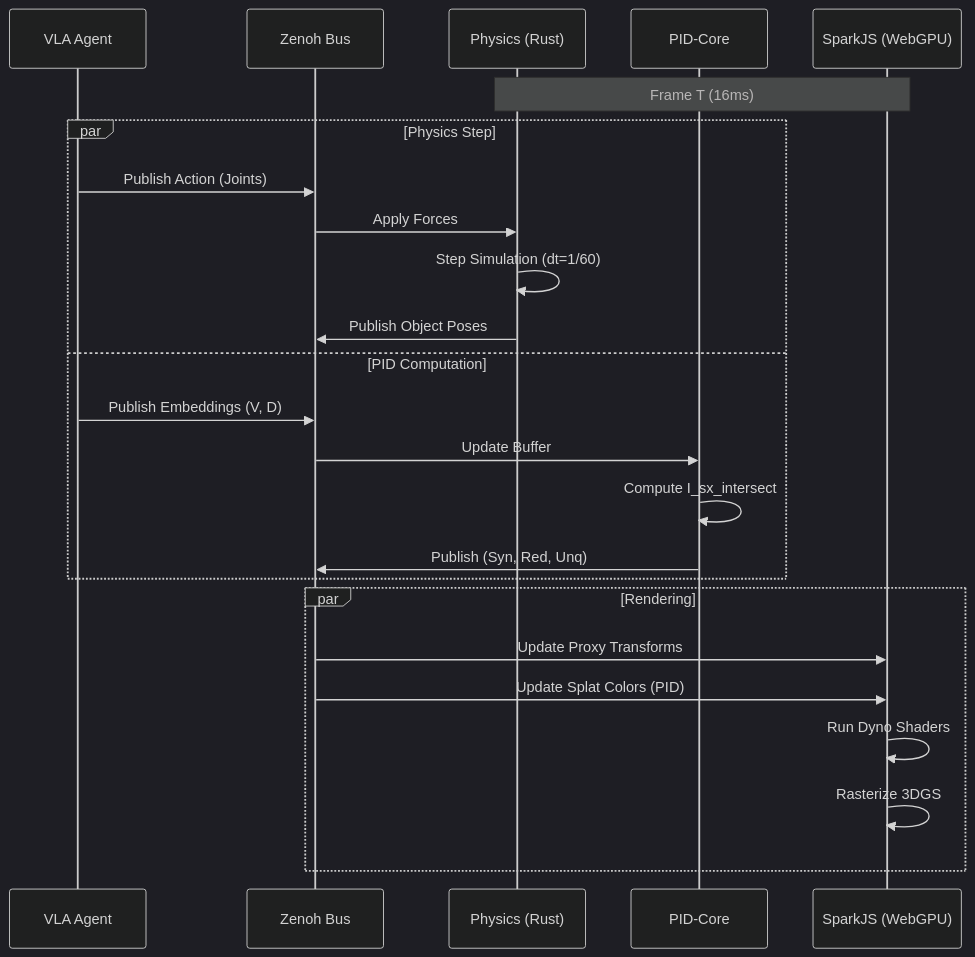
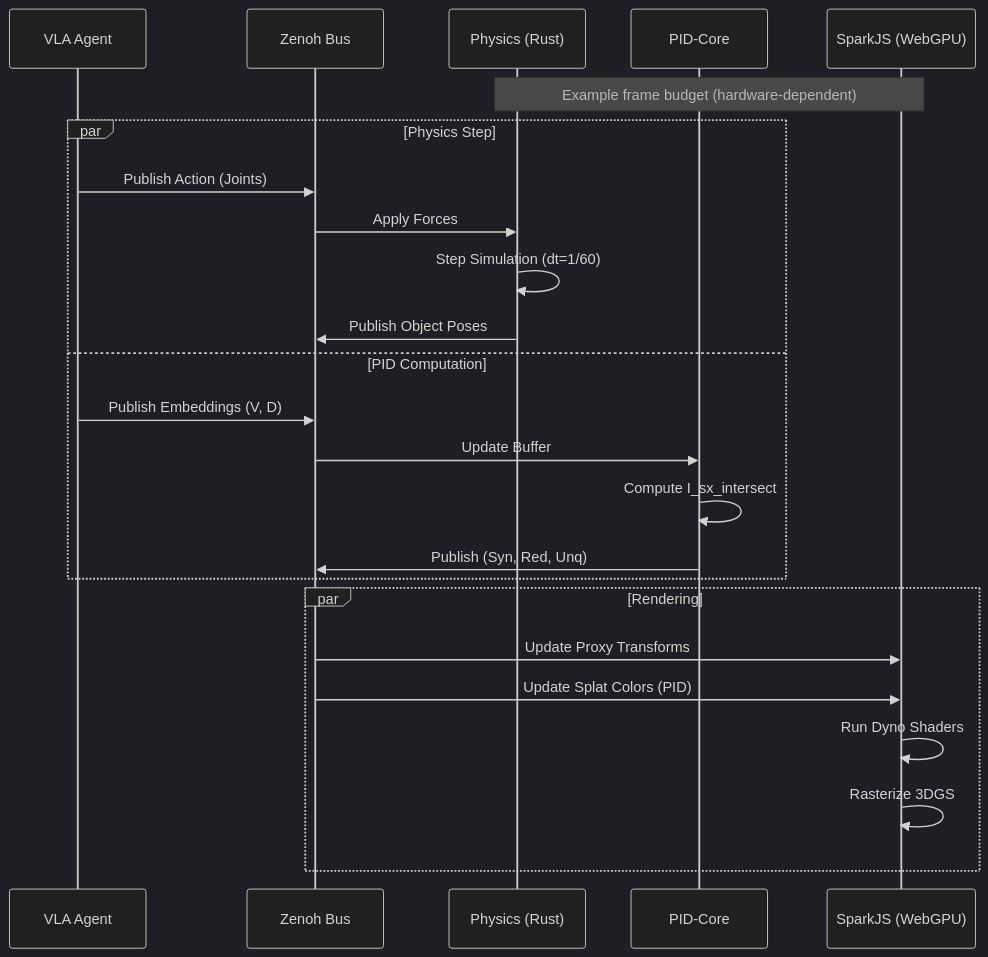
Before and after one commit to sepahead/prisoma: the second of 10 diagrams in DIAGRAMS.md, drawn with Mermaid (dark theme). The commit also changed other lines of this file and 8 other files, not shown here.

````diff
--- a/DIAGRAMS.md
+++ b/DIAGRAMS.md
@@ -72,29 +74,29 @@
 ```mermaid
 sequenceDiagram
     participant VLA as VLA Agent
     participant Zenoh as Zenoh Bus
     participant Phys as Physics (Rust)
     participant PID as PID-Core
     participant Spark as SparkJS (WebGPU)
 
-    Note over Phys, Spark: Frame T (16ms)
+    Note over Phys, Spark: Example frame budget (hardware-dependent)
 
     par Physics Step
         VLA->>Zenoh: Publish Action (Joints)
         Zenoh->>Phys: Apply Forces
         Phys->>Phys: Step Simulation (dt=1/60)
         Phys->>Zenoh: Publish Object Poses
     and PID Computation
         VLA->>Zenoh: Publish Embeddings (V, D)
         Zenoh->>PID: Update Buffer
         PID->>PID: Compute I_sx_intersect
         PID->>Zenoh: Publish (Syn, Red, Unq)
     end
 
     par Rendering
         Zenoh->>Spark: Update Proxy Transforms
         Zenoh->>Spark: Update Splat Colors (PID)
         Spark->>Spark: Run Dyno Shaders
         Spark->>Spark: Rasterize 3DGS
     end
 ```
````
